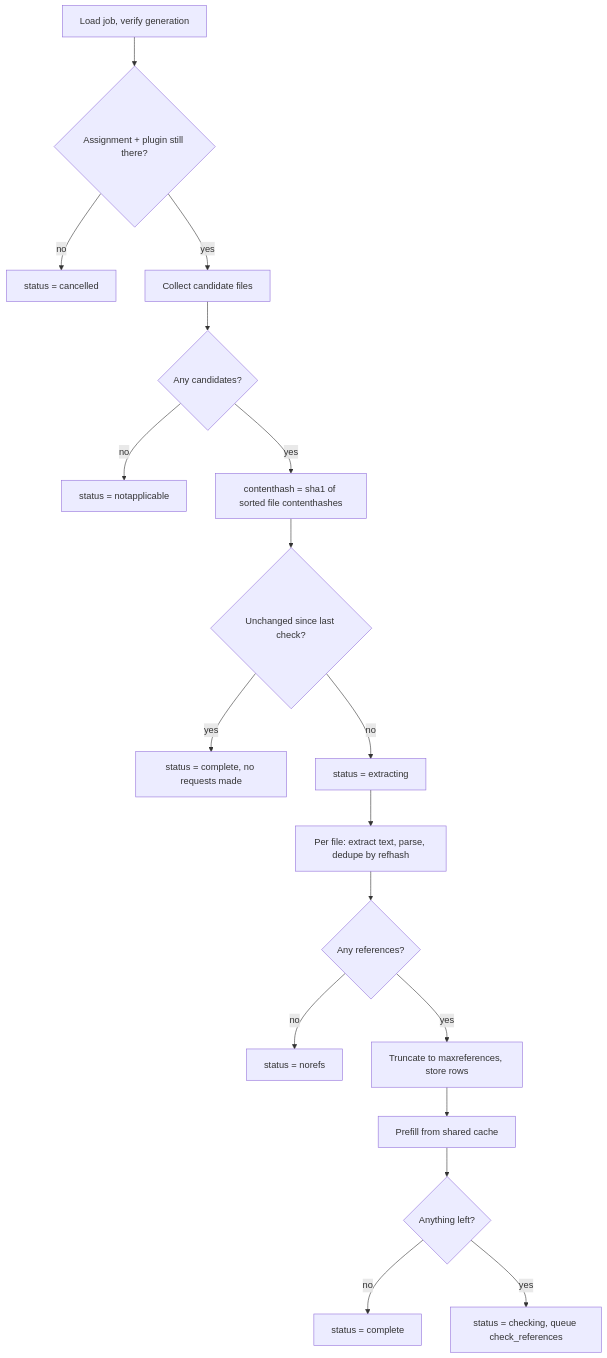
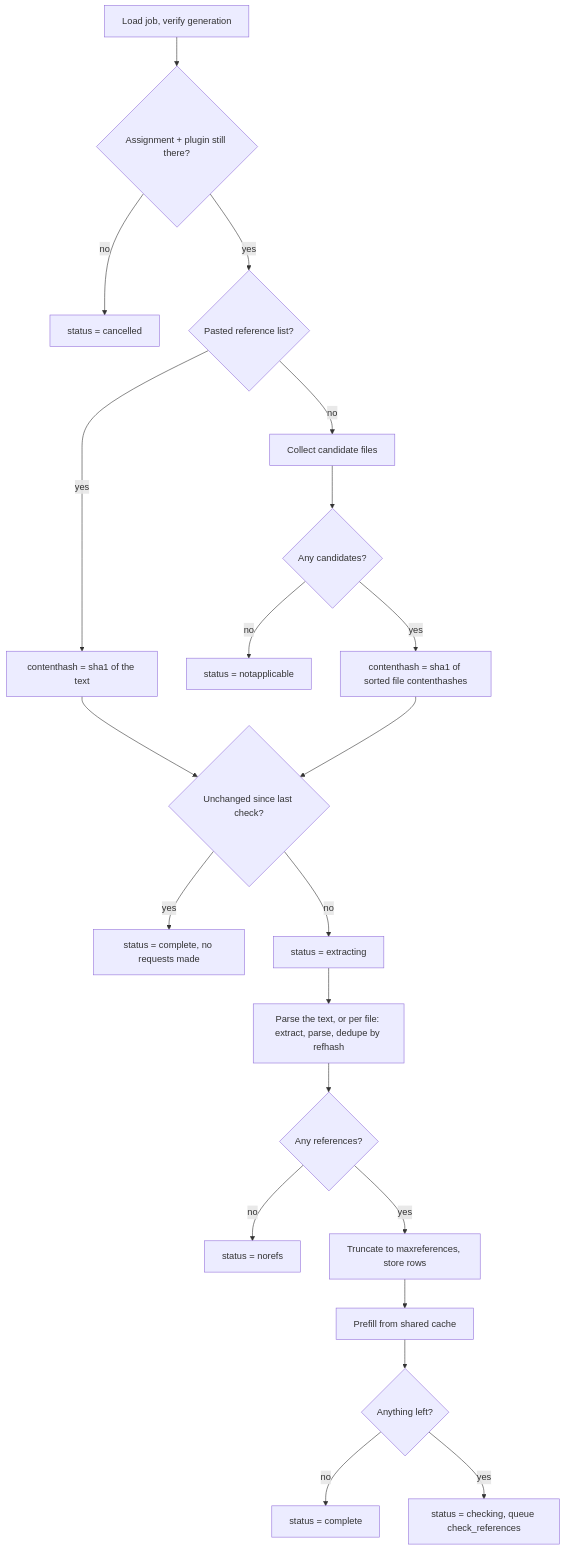
One commit to andrewrowatt-masseyuni/moodle-assignsubmission_refchecker changed the first of 2 diagrams in docs/architecture.md. Above: the diagram before and after it, drawn with Mermaid. The commit also changed other lines of this file and 29 other files, not shown here.

Commit message:
Add per-assignment setting for text reference list Fixes #5

````diff
--- a/docs/architecture.md
+++ b/docs/architecture.md
@@ -159,20 +201,23 @@
 ```mermaid
 flowchart TD
     A[Load job, verify generation] --> B{Assignment + plugin still there?}
     B -- no --> Z1[status = cancelled]
-    B -- yes --> C[Collect candidate files]
+    B -- yes --> T{Pasted reference list?}
+    T -- yes --> T1[contenthash = sha1 of the text]
+    T1 --> F
+    T -- no --> C[Collect candidate files]
     C --> D{Any candidates?}
     D -- no --> Z2[status = notapplicable]
     D -- yes --> E[contenthash = sha1 of sorted file contenthashes]
     E --> F{Unchanged since last check?}
     F -- yes --> Z3[status = complete, no requests made]
     F -- no --> G[status = extracting]
-    G --> H[Per file: extract text, parse, dedupe by refhash]
+    G --> H[Parse the text, or per file: extract, parse, dedupe by refhash]
     H --> I{Any references?}
     I -- no --> Z4[status = norefs]
     I -- yes --> J[Truncate to maxreferences, store rows]
     J --> K[Prefill from shared cache]
     K --> L{Anything left?}
     L -- no --> Z5[status = complete]
     L -- yes --> M[status = checking, queue check_references]
 ```
````
